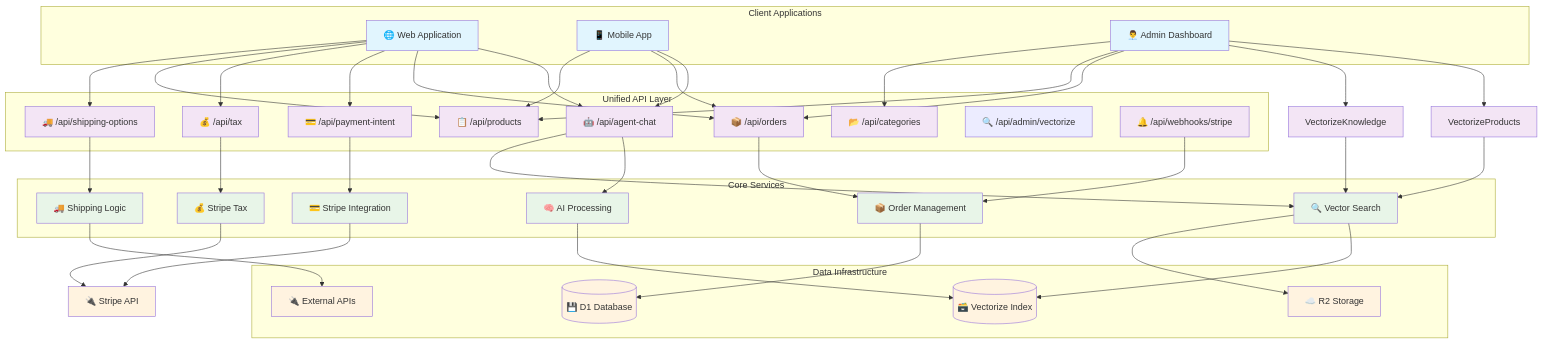
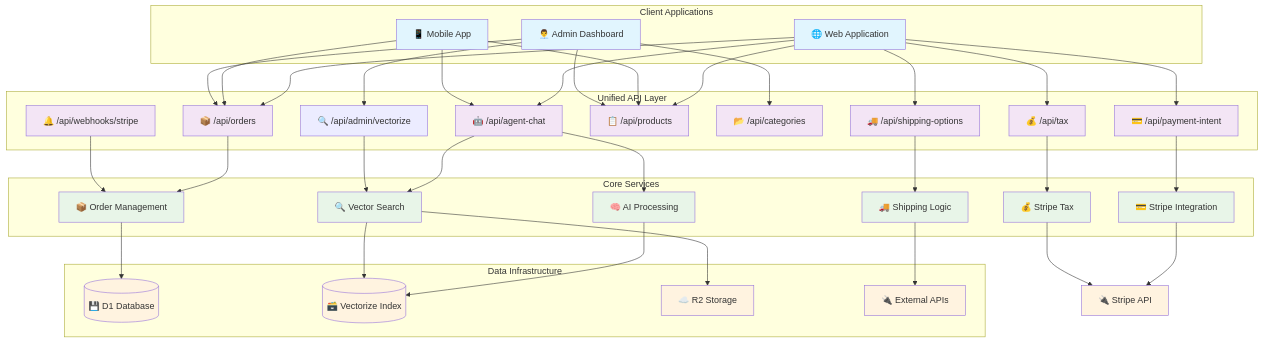
Before and after one commit to russellkmoore/mercora: the first of 5 diagrams in docs/api-architecture.md, drawn with Mermaid.

Commit message:
fix(04): repoint dangling vectorize node references in API diagram
WR-01: the "Unified API Structure Overview" mermaid diagram in
docs/api-architecture.md referenced two undeclared node ids,
VectorizeProducts and VectorizeKnowledge, left over from before the
products/knowledge vectorize endpoints were consolidated into the
single /api/admin/vectorize endpoint. Point both arrows and the class
assignment at the already-declared Vectorize node instead.

Claude-Session: https://claude.ai/code/session_01BqnAn5gSwQcmMqhSMRommB

````diff
--- a/docs/api-architecture.md
+++ b/docs/api-architecture.md
@@ -56,16 +56,14 @@
     Mobile --> Orders
     Mobile --> Products
     
-    Admin --> VectorizeProducts
-    Admin --> VectorizeKnowledge
+    Admin --> Vectorize
     Admin --> Orders
     Admin --> Products
     Admin --> Categories
 
     AgentChat --> AIService
     AgentChat --> VectorService
-    VectorizeProducts --> VectorService
-    VectorizeKnowledge --> VectorService
+    Vectorize --> VectorService
     
     Orders --> OrderService
     PaymentIntent --> PaymentService
@@ -88,7 +86,7 @@
     classDef data fill:#fff3e0
 
     class WebApp,Mobile,Admin client
-    class AgentChat,Orders,PaymentIntent,Tax,Products,Categories,ShippingOptions,VectorizeProducts,VectorizeKnowledge,StripeWebhooks api
+    class AgentChat,Orders,PaymentIntent,Tax,Products,Categories,ShippingOptions,StripeWebhooks api
     class AIService,VectorService,OrderService,PaymentService,TaxService,ShippingService service
     class D1Database,VectorDatabase,R2Storage,StripeAPI,ExternalAPIs data
 ```
````
